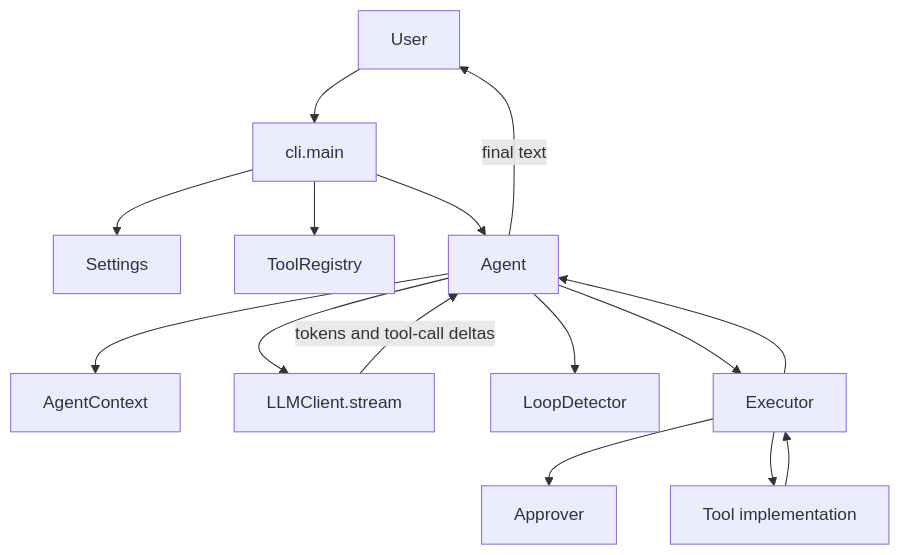
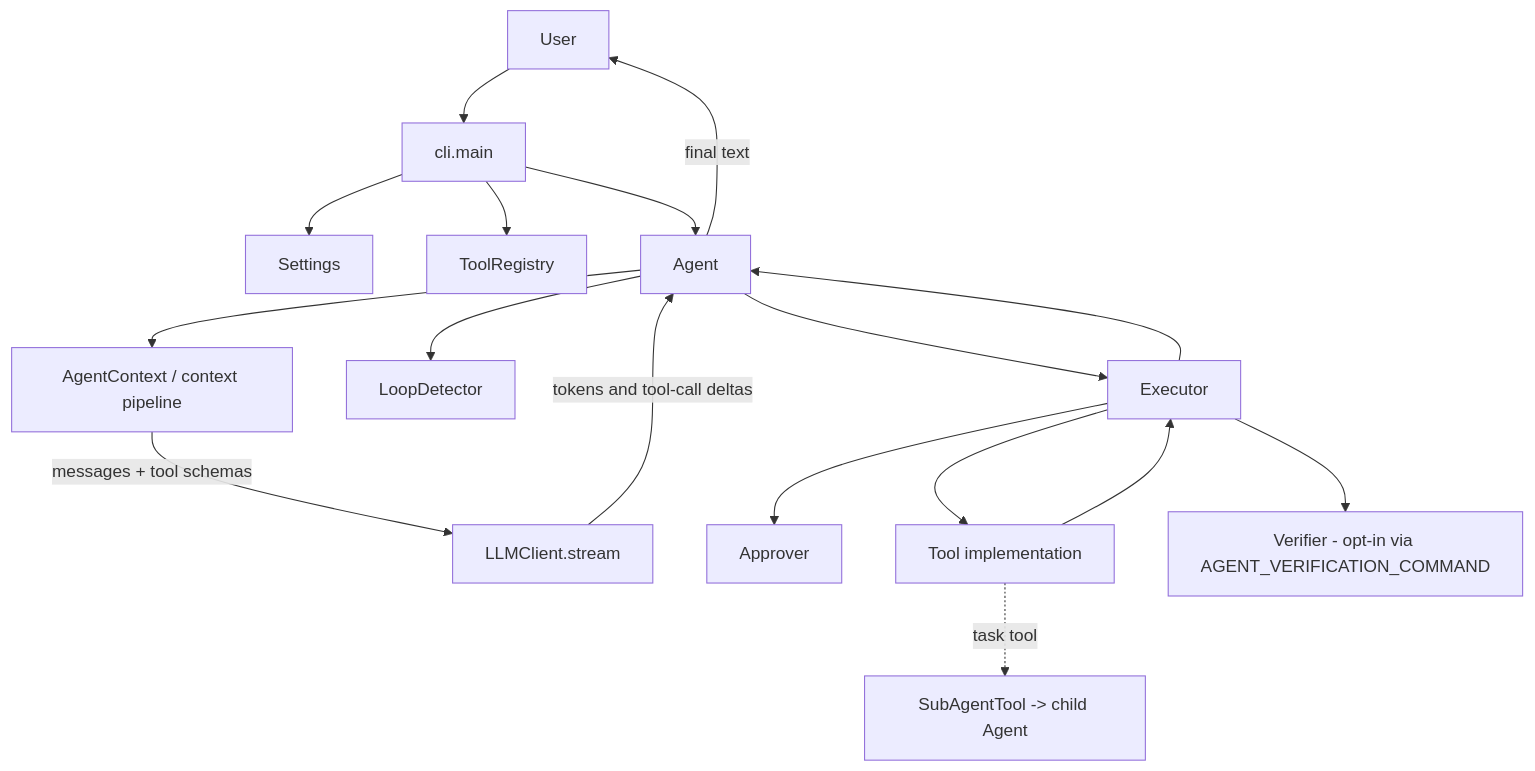
The diagram in docs/ARCHITECTURE.md (K4rthik14/terminal-agent), drawn with Mermaid before and after one commit. The commit also changed other lines of this file and 4 other files, not shown here.

Commit message:
docs: post-v0.1 audit pass, accurate architecture and v1.0 roadmap

````diff
--- a/docs/ARCHITECTURE.md
+++ b/docs/ARCHITECTURE.md
@@ -9,17 +9,19 @@
 ```mermaid
 flowchart TD
     U[User] --> CLI[cli.main]
     CLI --> S[Settings]
     CLI --> R[ToolRegistry]
     CLI --> A[Agent]
-    A --> C[AgentContext]
-    A --> L[LLMClient.stream]
+    A --> C[AgentContext / context pipeline]
+    C -->|messages + tool schemas| L[LLMClient.stream]
     L -->|tokens and tool-call deltas| A
     A --> LD[LoopDetector]
     A --> E[Executor]
     E --> AP[Approver]
     E --> T[Tool implementation]
+    T -.->|task tool| SUB[SubAgentTool -> child Agent]
+    E --> V[Verifier - opt-in via AGENT_VERIFICATION_COMMAND]
     T --> E
     E --> A
     A -->|final text| U
 ```
````
